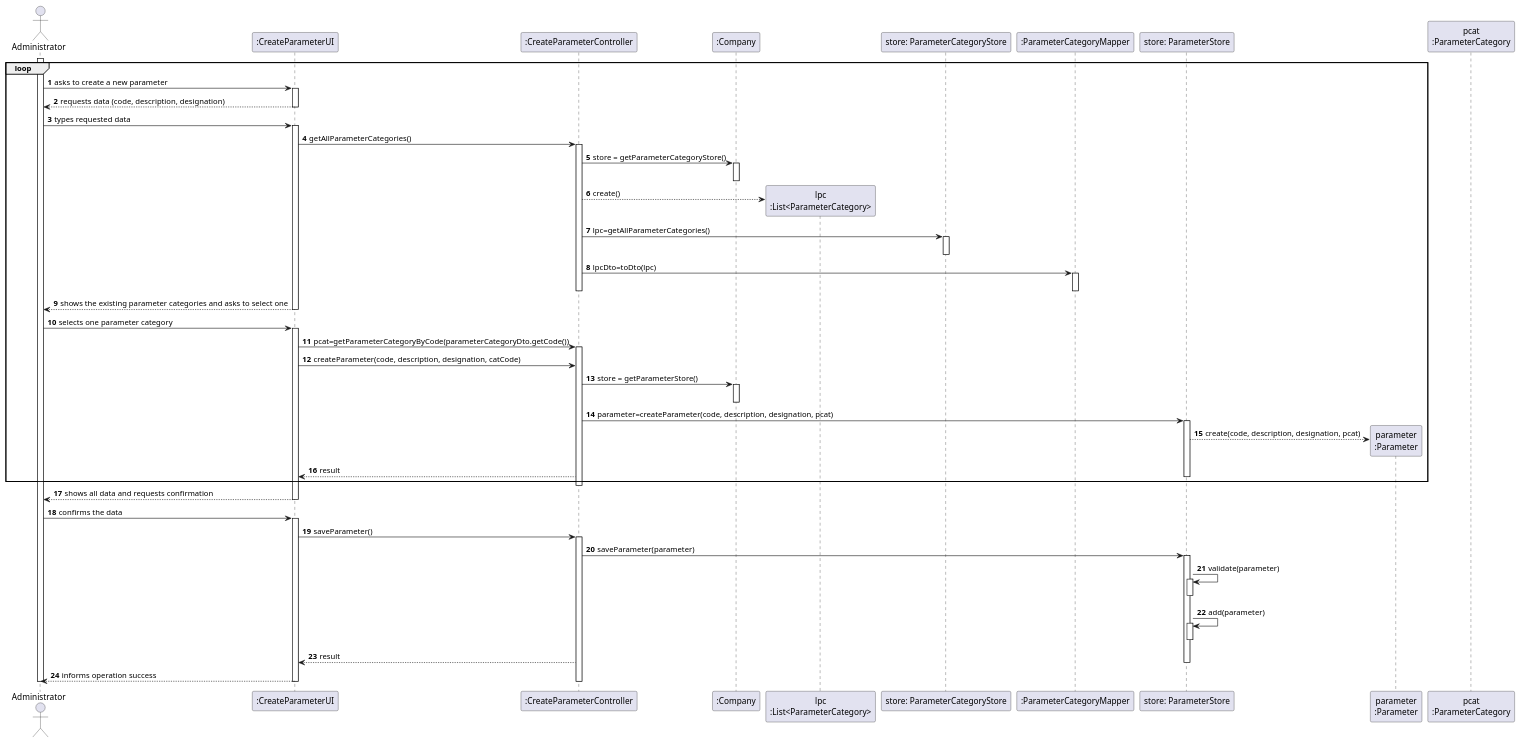
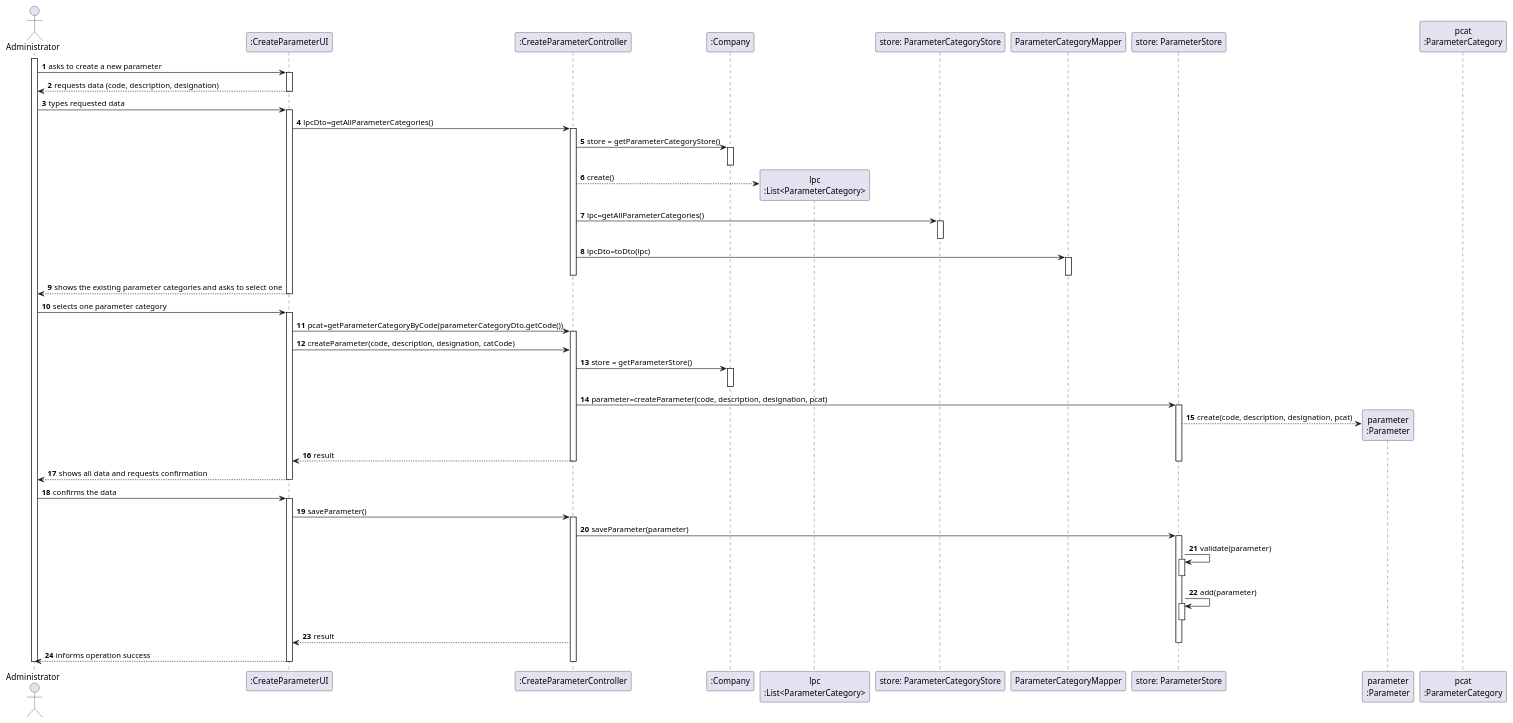
One commit to 0franciscor/lei-21-s2-1de-g19 changed the diagram in docs/SprintC/US10/US10-SD.puml. Above: the diagram before and after it, drawn with PlantUML. The commit also changed 3 other files, not shown here.

```diff
--- a/docs/SprintC/US10/US10-SD.puml
+++ b/docs/SprintC/US10/US10-SD.puml
@@ -1,106 +1,105 @@
 @startuml
 'https://plantuml.com/sequence-diagram
 
 autonumber
 'hide footbox
 actor "Administrator" as ADM
 
 participant ":CreateParameterUI" as CPUI
 participant ":CreateParameterController" as CPC
 participant ":Company" as COMP
 participant "lpc\n:List<ParameterCategory>" as LIST_CAT
 participant "store: ParameterCategoryStore" as PCS
-participant ":ParameterCategoryMapper" as PCM
+participant "ParameterCategoryMapper" as PCM
 participant "store: ParameterStore" as PS
 participant "parameter\n:Parameter" as PARAM
 participant "pcat\n:ParameterCategory" as CAT
 
-loop
+
 activate ADM
 ADM -> CPUI : asks to create a new parameter
 activate CPUI
 CPUI --> ADM : requests data (code, description, designation)
 deactivate CPUI
 
 ADM -> CPUI : types requested data
 activate CPUI
 
-CPUI -> CPC : getAllParameterCategories()
+CPUI -> CPC : lpcDto=getAllParameterCategories()
 activate CPC
 
 CPC -> COMP : store = getParameterCategoryStore()
 activate COMP
 deactivate COMP
 
 CPC --> LIST_CAT** : create()
 
 CPC -> PCS : lpc=getAllParameterCategories()
 activate PCS
 deactivate PCS
 
 
 CPC -> PCM : lpcDto=toDto(lpc)
 activate PCM
 deactivate PCM
 
 deactivate CPC
 
 CPUI --> ADM : shows the existing parameter categories and asks to select one
 deactivate COMP
 deactivate CPUI
 
 ADM -> CPUI : selects one parameter category
 activate CPUI
 
 
 CPUI -> CPC : pcat=getParameterCategoryByCode(parameterCategoryDto.getCode())
 activate CPC
 CPUI -> CPC : createParameter(code, description, designation, catCode)
 
 
 
 CPC -> COMP: store = getParameterStore()
 activate COMP
 deactivate COMP
 
 CPC -> PS: parameter=createParameter(code, description, designation, pcat)
 activate PS
 
 PS --> PARAM**: create(code, description, designation, pcat)
 
 
 CPC --> CPUI: result
 deactivate PS
-end
 deactivate CPC
 CPUI --> ADM: shows all data and requests confirmation
 
 
 deactivate CPUI
 
 ADM -> CPUI : confirms the data
 activate CPUI
 CPUI -> CPC : saveParameter()
 activate CPC
 
 CPC -> PS : saveParameter(parameter)
 activate PS
 
 PS -> PS: validate(parameter)
 activate PS
 deactivate PS
 PS -> PS: add(parameter)
 activate PS
 deactivate PS
 
 
 CPC --> CPUI: result
 deactivate PS
 CPUI --> ADM : informs operation success
 
 deactivate CPC
 deactivate CPUI
 
 deactivate ADM
 
 @enduml
```
